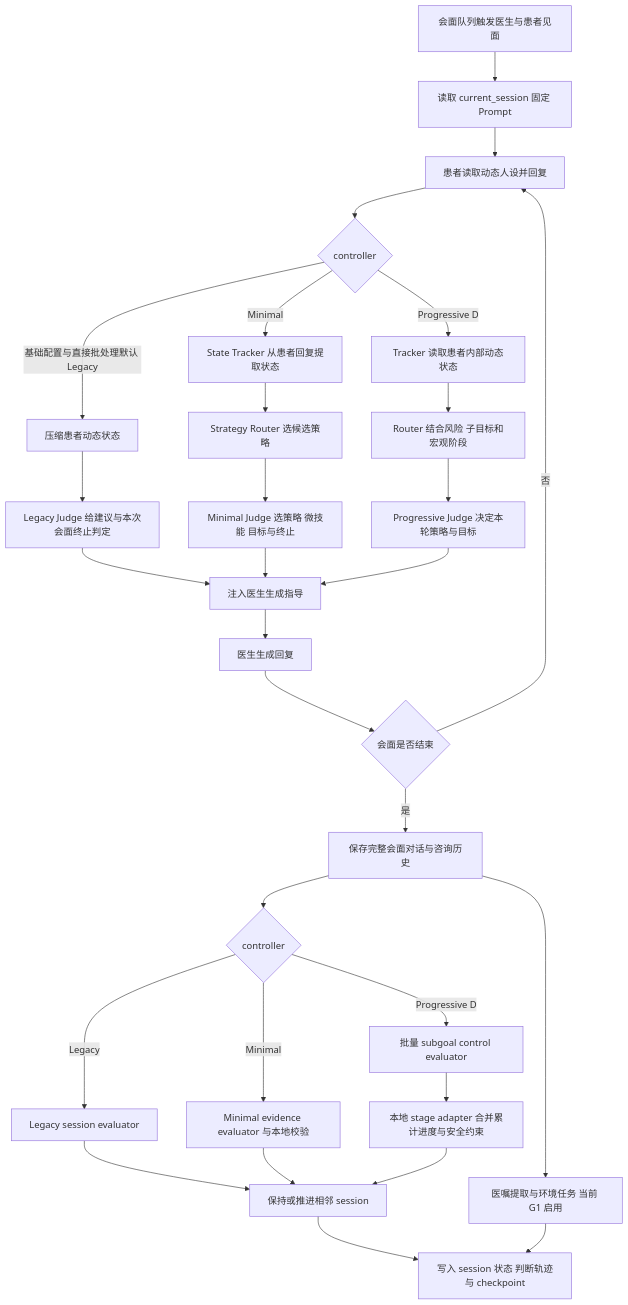
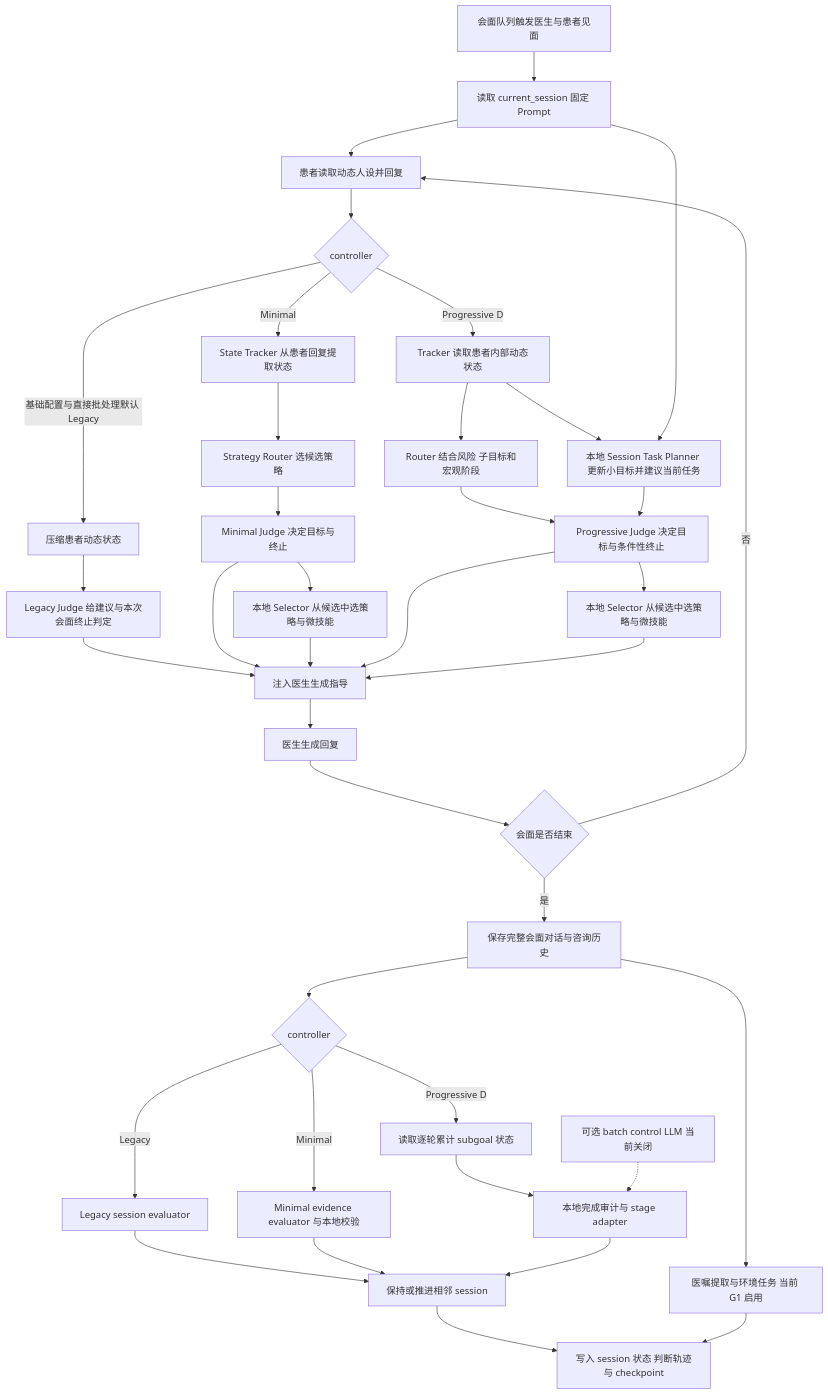
One commit to MUSE-Lab-SZU/generative_agents changed the first of 4 diagrams in docs/town_method/03_cbt_pipeline.md. Above: the diagram before and after it, drawn with Mermaid. The commit also changed other lines of this file and 77 other files, not shown here.

````diff
--- a/docs/town_method/03_cbt_pipeline.md
+++ b/docs/town_method/03_cbt_pipeline.md
@@ -41,32 +41,40 @@
 ```mermaid
 flowchart TD
     A[会面队列触发医生与患者见面] --> B[读取 current_session 固定 Prompt]
     B --> C[患者读取动态人设并回复]
     C --> D{controller}
     D -->|基础配置与直接批处理默认 Legacy| E[压缩患者动态状态]
     E --> F[Legacy Judge 给建议与本次会面终止判定]
     D -->|Minimal| G[State Tracker 从患者回复提取状态]
     G --> H[Strategy Router 选候选策略]
-    H --> I[Minimal Judge 选策略 微技能 目标与终止]
+    H --> I[Minimal Judge 决定目标与终止]
+    I --> RS[本地 Selector 从候选中选策略与微技能]
     D -->|Progressive D| J[Tracker 读取患者内部动态状态]
     J --> K[Router 结合风险 子目标和宏观阶段]
-    K --> L[Progressive Judge 决定本轮策略与目标]
+    J --> PL[本地 Session Task Planner 更新小目标并建议当前任务]
+    B --> PL
+    K --> L[Progressive Judge 决定目标与条件性终止]
+    L --> PRS[本地 Selector 从候选中选策略与微技能]
+    PL --> L
     F --> M[注入医生生成指导]
     I --> M
+    RS --> M
     L --> M
+    PRS --> M
     M --> N[医生生成回复]
     N --> O{会面是否结束}
     O -->|否| C
     O -->|是| P[保存完整会面对话与咨询历史]
     P --> Q{controller}
     Q -->|Legacy| R[Legacy session evaluator]
     Q -->|Minimal| S[Minimal evidence evaluator 与本地校验]
-    Q -->|Progressive D| T[批量 subgoal control evaluator]
+    Q -->|Progressive D| T[读取逐轮累计 subgoal 状态]
     R --> U[保持或推进相邻 session]
     S --> U
-    T --> V[本地 stage adapter 合并累计进度与安全约束]
+    T --> V[本地完成审计与 stage adapter]
+    TB[可选 batch control LLM 当前关闭] -.-> V
     V --> U
     P --> W[医嘱提取与环境任务 当前 G1 启用]
     U --> X[写入 session 状态 判断轨迹与 checkpoint]
     W --> X
 ```
````
